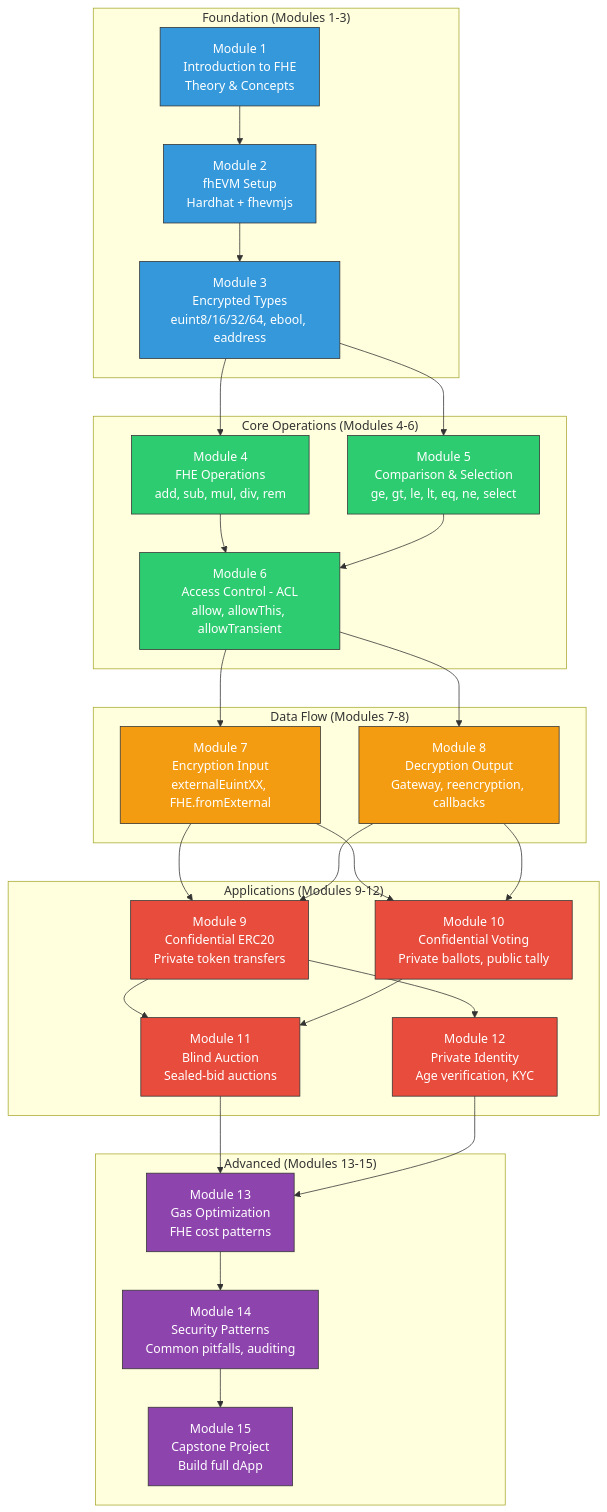
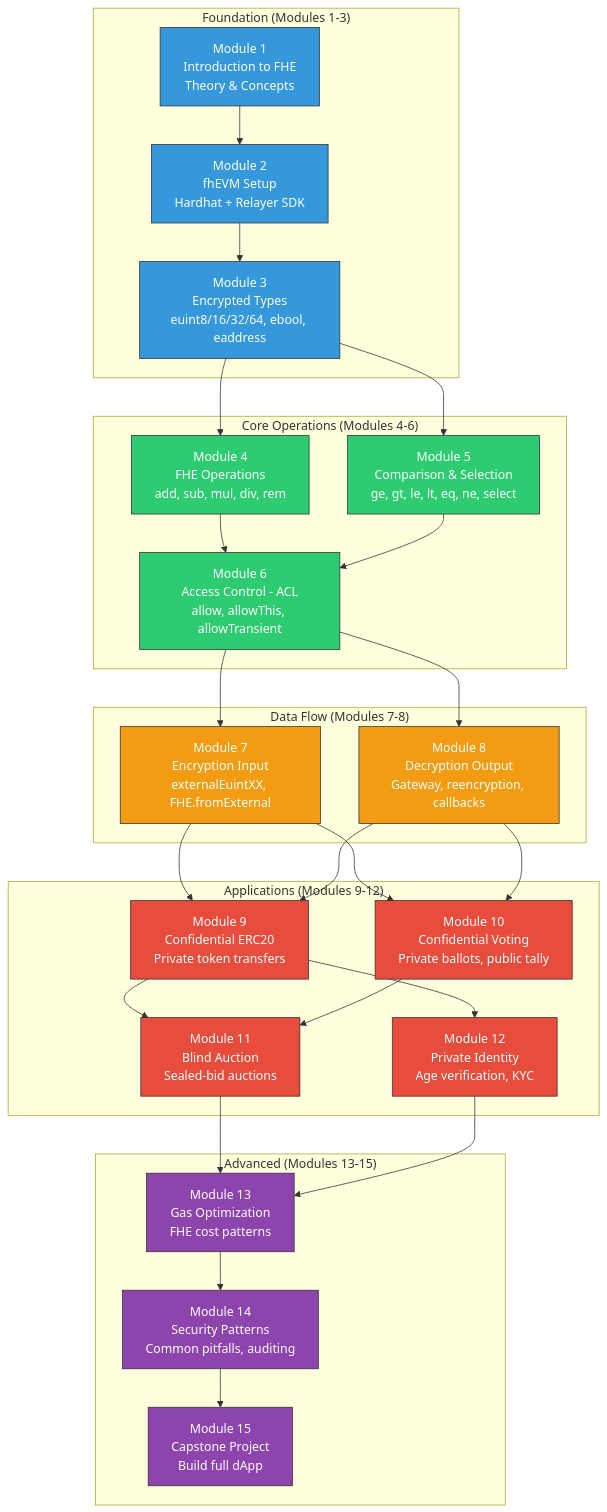
Before and after one commit to Himess/fhevm-bootcamp: the first of 4 diagrams in diagrams/project-architecture.md, drawn with Mermaid. The commit also changed other lines of this file and 79 other files, not shown here.

First line of the commit message:
docs audit: 100% Zama v0.10 compatibility + Relayer SDK migration

````diff
--- a/diagrams/project-architecture.md
+++ b/diagrams/project-architecture.md
@@ -7,68 +7,68 @@
 ```mermaid
 graph TD
     subgraph "Foundation (Modules 1-3)"
         M1[Module 1<br/>Introduction to FHE<br/>Theory & Concepts]
-        M2[Module 2<br/>fhEVM Setup<br/>Hardhat + fhevmjs]
+        M2[Module 2<br/>fhEVM Setup<br/>Hardhat + Relayer SDK]
         M3[Module 3<br/>Encrypted Types<br/>euint8/16/32/64, ebool, eaddress]
     end
 
     subgraph "Core Operations (Modules 4-6)"
         M4[Module 4<br/>FHE Operations<br/>add, sub, mul, div, rem]
         M5[Module 5<br/>Comparison & Selection<br/>ge, gt, le, lt, eq, ne, select]
         M6[Module 6<br/>Access Control - ACL<br/>allow, allowThis, allowTransient]
     end
 
     subgraph "Data Flow (Modules 7-8)"
         M7[Module 7<br/>Encryption Input<br/>externalEuintXX, FHE.fromExternal]
         M8[Module 8<br/>Decryption Output<br/>Gateway, reencryption, callbacks]
     end
 
     subgraph "Applications (Modules 9-12)"
         M9[Module 9<br/>Confidential ERC20<br/>Private token transfers]
         M10[Module 10<br/>Confidential Voting<br/>Private ballots, public tally]
         M11[Module 11<br/>Blind Auction<br/>Sealed-bid auctions]
         M12[Module 12<br/>Private Identity<br/>Age verification, KYC]
     end
 
     subgraph "Advanced (Modules 13-15)"
         M13[Module 13<br/>Gas Optimization<br/>FHE cost patterns]
         M14[Module 14<br/>Security Patterns<br/>Common pitfalls, auditing]
         M15[Module 15<br/>Capstone Project<br/>Build full dApp]
     end
 
     M1 --> M2
     M2 --> M3
     M3 --> M4
     M3 --> M5
     M4 --> M6
     M5 --> M6
     M6 --> M7
     M6 --> M8
     M7 --> M9
     M8 --> M9
     M7 --> M10
     M8 --> M10
     M9 --> M11
     M10 --> M11
     M9 --> M12
     M11 --> M13
     M12 --> M13
     M13 --> M14
     M14 --> M15
 
     style M1 fill:#3498db,stroke:#333,color:#fff
     style M2 fill:#3498db,stroke:#333,color:#fff
     style M3 fill:#3498db,stroke:#333,color:#fff
     style M4 fill:#2ecc71,stroke:#333,color:#fff
     style M5 fill:#2ecc71,stroke:#333,color:#fff
     style M6 fill:#2ecc71,stroke:#333,color:#fff
     style M7 fill:#f39c12,stroke:#333,color:#fff
     style M8 fill:#f39c12,stroke:#333,color:#fff
     style M9 fill:#e74c3c,stroke:#333,color:#fff
     style M10 fill:#e74c3c,stroke:#333,color:#fff
     style M11 fill:#e74c3c,stroke:#333,color:#fff
     style M12 fill:#e74c3c,stroke:#333,color:#fff
     style M13 fill:#8e44ad,stroke:#333,color:#fff
     style M14 fill:#8e44ad,stroke:#333,color:#fff
     style M15 fill:#8e44ad,stroke:#333,color:#fff
 ```
````
